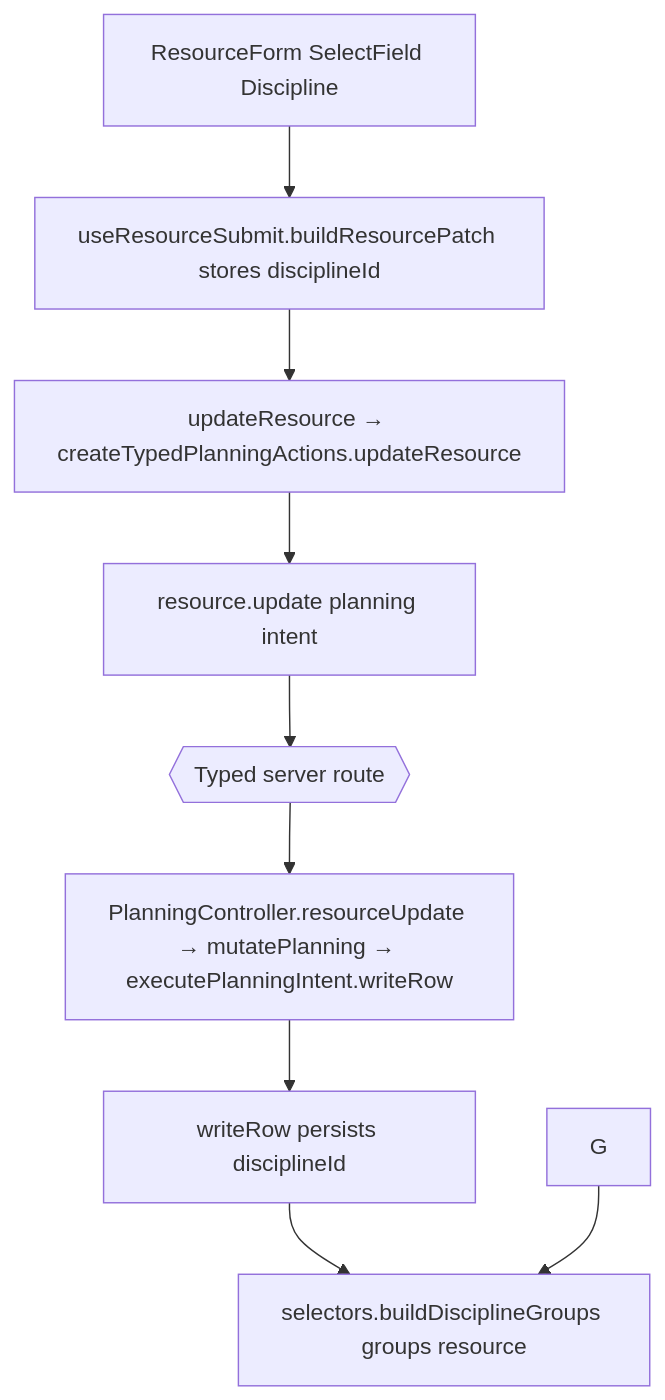
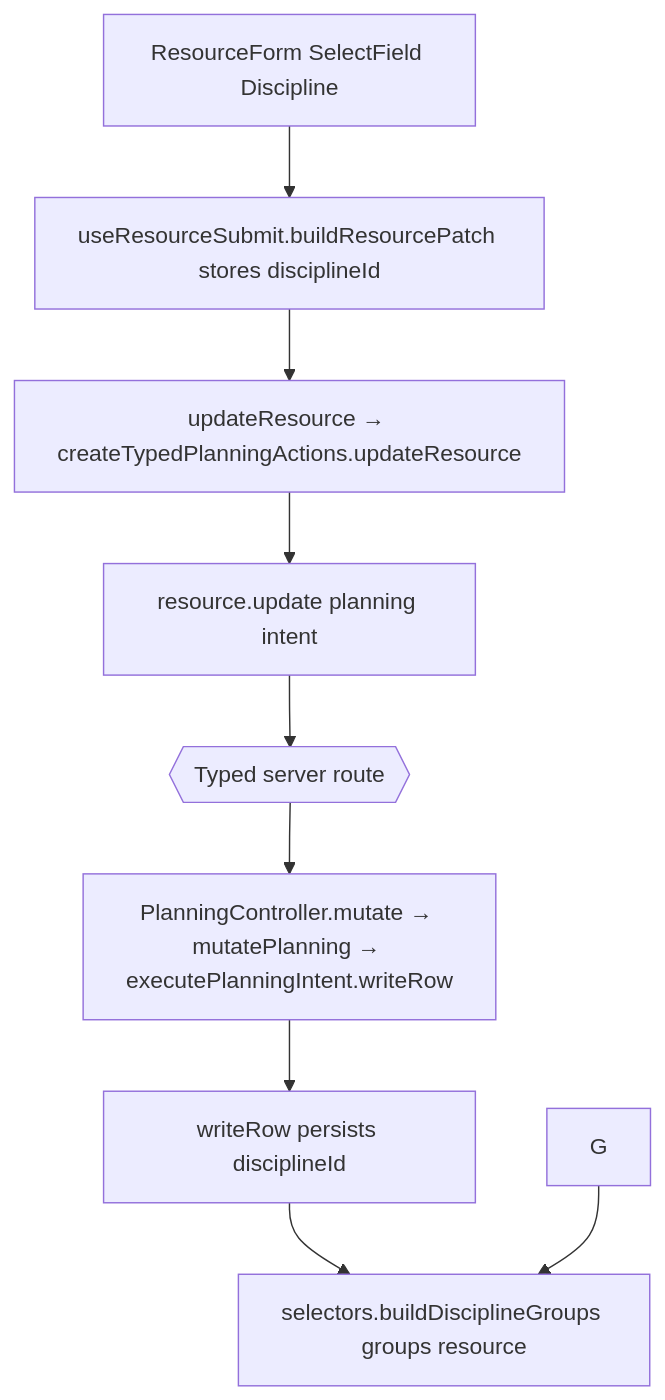
Before and after one commit to Kevinjohn/capacitylens: the second of 2 diagrams in user-stories/resources/US-RES-08-discipline-grouping.md, drawn with Mermaid. The commit also changed 115 other files, not shown here.

````diff
--- a/user-stories/resources/US-RES-08-discipline-grouping.md
+++ b/user-stories/resources/US-RES-08-discipline-grouping.md
@@ -26,9 +26,9 @@
 ```mermaid
 flowchart TD
   A["ResourceForm SelectField Discipline"] --> B["useResourceSubmit.buildResourcePatch stores disciplineId"]
   B --> C["updateResource → createTypedPlanningActions.updateResource"] --> D["resource.update planning intent"]
   D --> E{{"Typed server route"}}
-  E --> F["PlanningController.resourceUpdate → mutatePlanning → executePlanningIntent.writeRow"] --> F2["writeRow persists disciplineId"]
+  E --> F["PlanningController.mutate → mutatePlanning → executePlanningIntent.writeRow"] --> F2["writeRow persists disciplineId"]
   F2 --> H["selectors.buildDisciplineGroups groups resource"]
   G --> H
 ```
````
